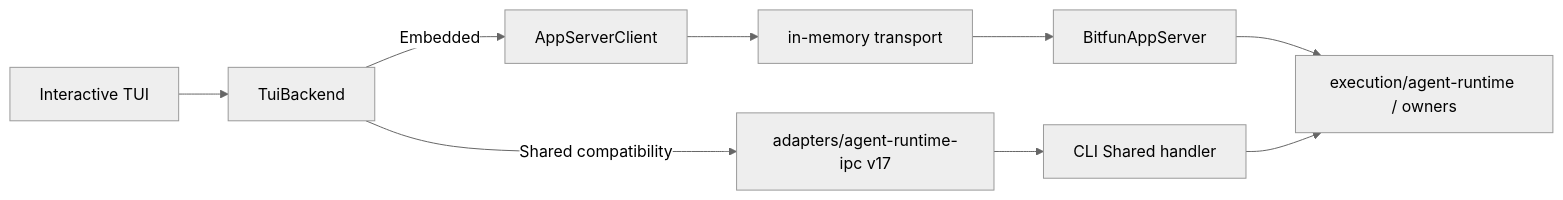
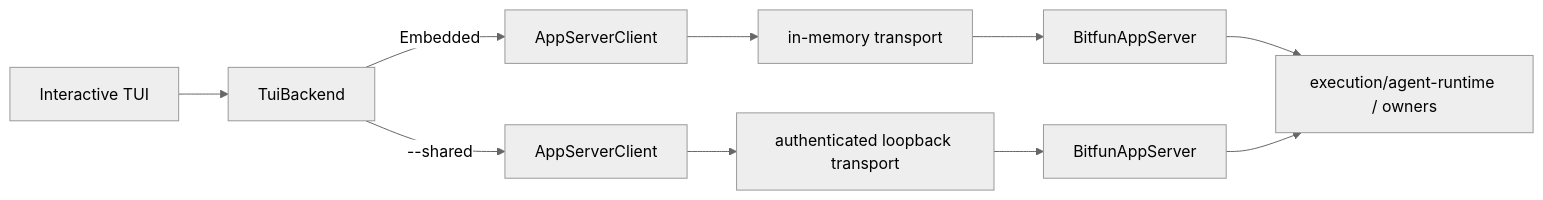
Diagram 12 of 15 in docs/architecture/agent-runtime-deployment-design.md (GCWing/BitFun), drawn with Mermaid (neutral theme) before and after one commit. The commit also changed other lines of this file and 87 other files, not shown here.

Commit message:
feat(app-server): add sharedv2 command

````diff
--- a/docs/architecture/agent-runtime-deployment-design.md
+++ b/docs/architecture/agent-runtime-deployment-design.md
@@ -356,11 +324,12 @@
 ```mermaid
 flowchart LR
   TUI["Interactive TUI"] --> Backend["TuiBackend"]
   Backend -->|"Embedded"| Client["AppServerClient"]
   Client --> Memory["in-memory transport"]
   Memory --> AppServer["BitfunAppServer"]
-  Backend -->|"Shared compatibility"| IPC["adapters/agent-runtime-ipc v17"]
-  IPC --> Handler["CLI Shared handler"]
+  Backend -->|"--shared"| SharedClient["AppServerClient"]
+  SharedClient --> Loopback["authenticated loopback transport"]
+  Loopback --> SharedHost["BitfunAppServer"]
   AppServer --> Runtime["execution/agent-runtime / owners"]
-  Handler --> Runtime
+  SharedHost --> Runtime
 ```
````
